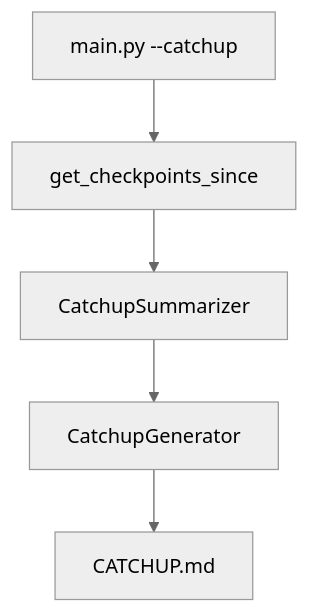
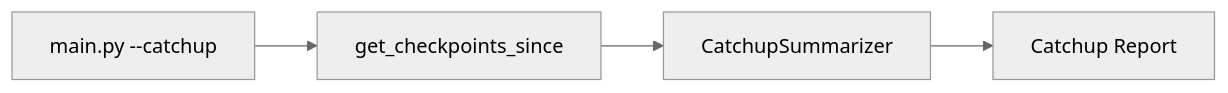
The second of 5 diagrams in MASTER_CONTEXT.md (BurntDosa/Checkpoint), drawn with Mermaid (neutral theme) before and after one commit. The commit also changed other lines of this file and 2 other files, not shown here.

````diff
--- a/MASTER_CONTEXT.md
+++ b/MASTER_CONTEXT.md
@@ -39,7 +30,6 @@
    ```mermaid
-   flowchart TD
-       A[main.py --catchup] --> B[get_checkpoints_since]
-       B --> C[CatchupSummarizer]
-       C --> D[CatchupGenerator]
-       D --> E[CATCHUP.md]
+   graph LR
+     A[main.py --catchup] --> B[get_checkpoints_since]
+     B --> C[CatchupSummarizer]
+     C --> D[Catchup Report]
    ```
````
